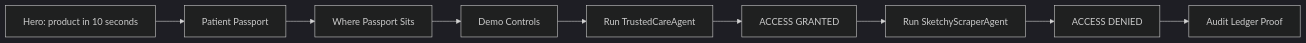
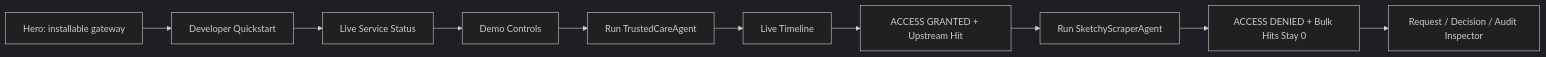
One commit to roshaninfordham/healthagentpassport changed the diagram in docs/demo-guide.md. Above: the diagram before and after it, drawn with Mermaid (dark theme). The commit also changed other lines of this file and 56 other files, not shown here.

Commit message:
Refactor demo into installable gateway product

````diff
--- a/docs/demo-guide.md
+++ b/docs/demo-guide.md
@@ -17,11 +16,12 @@
 ```mermaid
 flowchart LR
-  Hero[Hero: product in 10 seconds] --> Patient[Patient Passport]
-  Patient --> Ecosystem[Where Passport Sits]
-  Ecosystem --> Controls[Demo Controls]
+  Hero[Hero: installable gateway] --> Quickstart[Developer Quickstart]
+  Quickstart --> Status[Live Service Status]
+  Status --> Controls[Demo Controls]
   Controls --> Trusted[Run TrustedCareAgent]
-  Trusted --> Granted[ACCESS GRANTED]
+  Trusted --> Timeline[Live Timeline]
+  Timeline --> Granted[ACCESS GRANTED + Upstream Hit]
   Granted --> Sketchy[Run SketchyScraperAgent]
-  Sketchy --> Denied[ACCESS DENIED]
-  Denied --> Audit[Audit Ledger Proof]
+  Sketchy --> Denied[ACCESS DENIED + Bulk Hits Stay 0]
+  Denied --> Inspector[Request / Decision / Audit Inspector]
 ```
````
